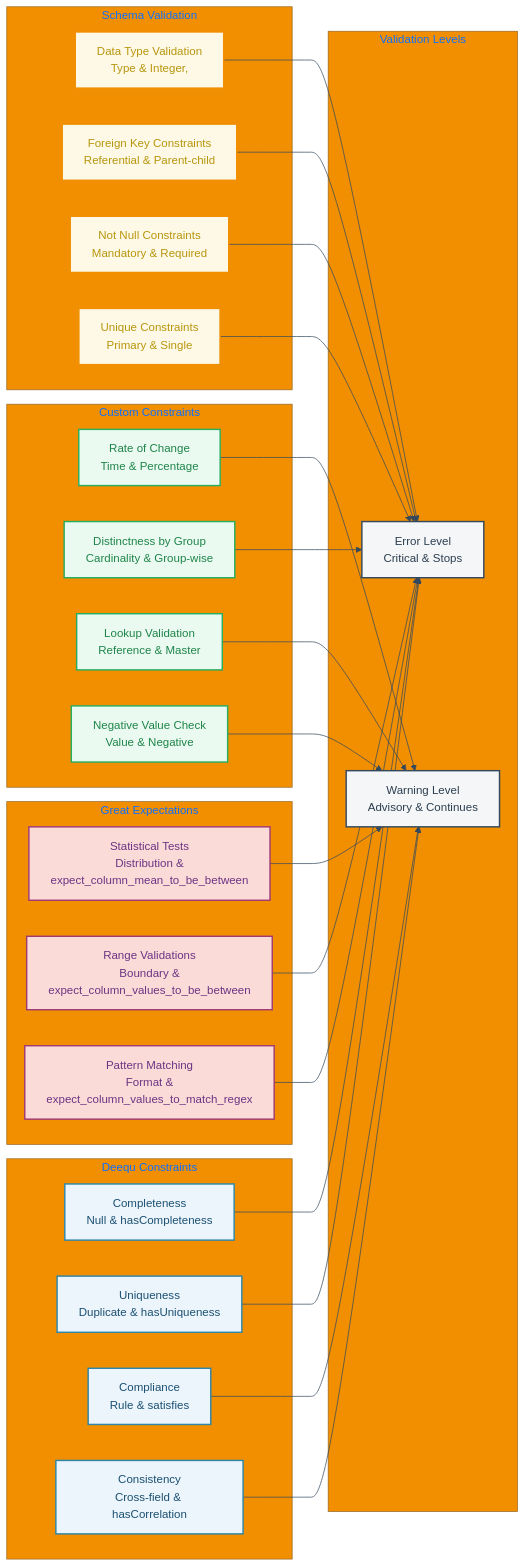
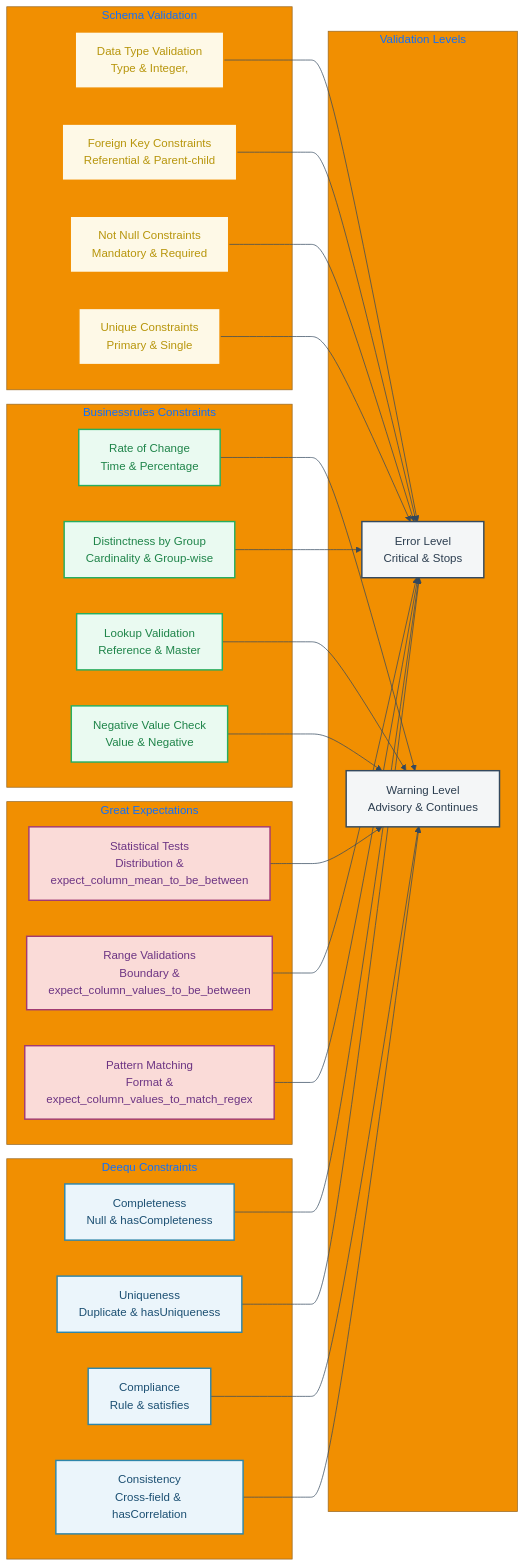
One commit to anvai-labs/dq-kernel changed the diagram in docs/diagrams/constraint-types.mmd. Above: the diagram before and after it, drawn with Mermaid. The commit also changed 26 other files, not shown here.

```diff
--- a/docs/diagrams/constraint-types.mmd
+++ b/docs/diagrams/constraint-types.mmd
@@ -1,66 +1,66 @@
 %%{init: {'theme':'base', 'themeVariables': { 'primaryColor': '#2E86AB', 'primaryTextColor': '#FFFFFF', 'primaryBorderColor': '#1B4F72', 'lineColor': '#34495E', 'secondaryColor': '#A23B72', 'tertiaryColor': '#F18F01', 'background': '#FFFFFF', 'mainBkg': '#EBF5FB', 'secondBkg': '#FADBD8', 'tertiaryBkg': '#FEF9E7'}}}%%
 graph LR
     subgraph "Deequ Constraints"
         DC1[Completeness<br/>Null & hasCompleteness]
         DC2[Uniqueness<br/>Duplicate & hasUniqueness]
         DC3[Compliance<br/>Rule & satisfies]
         DC4[Consistency<br/>Cross-field & hasCorrelation]
     end
     
     subgraph "Great Expectations"
         GE1[Statistical Tests<br/> Distribution & expect_column_mean_to_be_between]
         GE2[Range Validations<br/> Boundary & expect_column_values_to_be_between]
         GE3[Pattern Matching<br/> Format & expect_column_values_to_match_regex]
     end
     
     subgraph "Schema Validation"
         SV1[Data Type Validation<br/> Type & Integer,]
         SV2[Foreign Key Constraints<br/> Referential & Parent-child]
         SV3[Not Null Constraints<br/> Mandatory & Required]
         SV4[Unique Constraints<br/> Primary & Single]
     end
     
-    subgraph "Custom Constraints"
+    subgraph "Businessrules Constraints"
         CC1[Rate of Change<br/> Time & Percentage]
         CC2[Distinctness by Group<br/> Cardinality & Group-wise]
         CC3[Lookup Validation<br/> Reference & Master]
         CC4[Negative Value Check<br/> Value & Negative]
     end
     
     subgraph "Validation Levels"
         Error[Error Level<br/> Critical & Stops]
         Warning[Warning Level<br/> Advisory & Continues]
     end
     
     %% Connections to validation levels
     DC1 --> Error
     DC2 --> Error
     DC3 --> Warning
     DC4 --> Warning
     
     GE1 --> Warning
     GE2 --> Error
     GE3 --> Error
     
     SV1 --> Error
     SV2 --> Error
     SV3 --> Error
     SV4 --> Error
     
     CC1 --> Warning
     CC2 --> Error
     CC3 --> Warning
     CC4 --> Warning
     
     %% Styling
     classDef deequStyle fill:#EBF5FB,stroke:#2E86AB,stroke-width:2px,color:#1B4F72
     classDef geStyle fill:#FADBD8,stroke:#A23B72,stroke-width:2px,color:#6C3483
     classDef schemaStyle fill:#FEF9E7,stroke:#F18F01,stroke-width:2px,color:#B7950B
     classDef customStyle fill:#EAFAF1,stroke:#27AE60,stroke-width:2px,color:#1E8449
     classDef levelStyle fill:#F4F6F7,stroke:#34495E,stroke-width:2px,color:#2C3E50
     
     class DC1,DC2,DC3,DC4 deequStyle
     class GE1,GE2,GE3 geStyle
     class SV1,SV2,SV3,SV4 schemaStyle
     class CC1,CC2,CC3,CC4 customStyle
     class Error,Warning levelStyle
```
